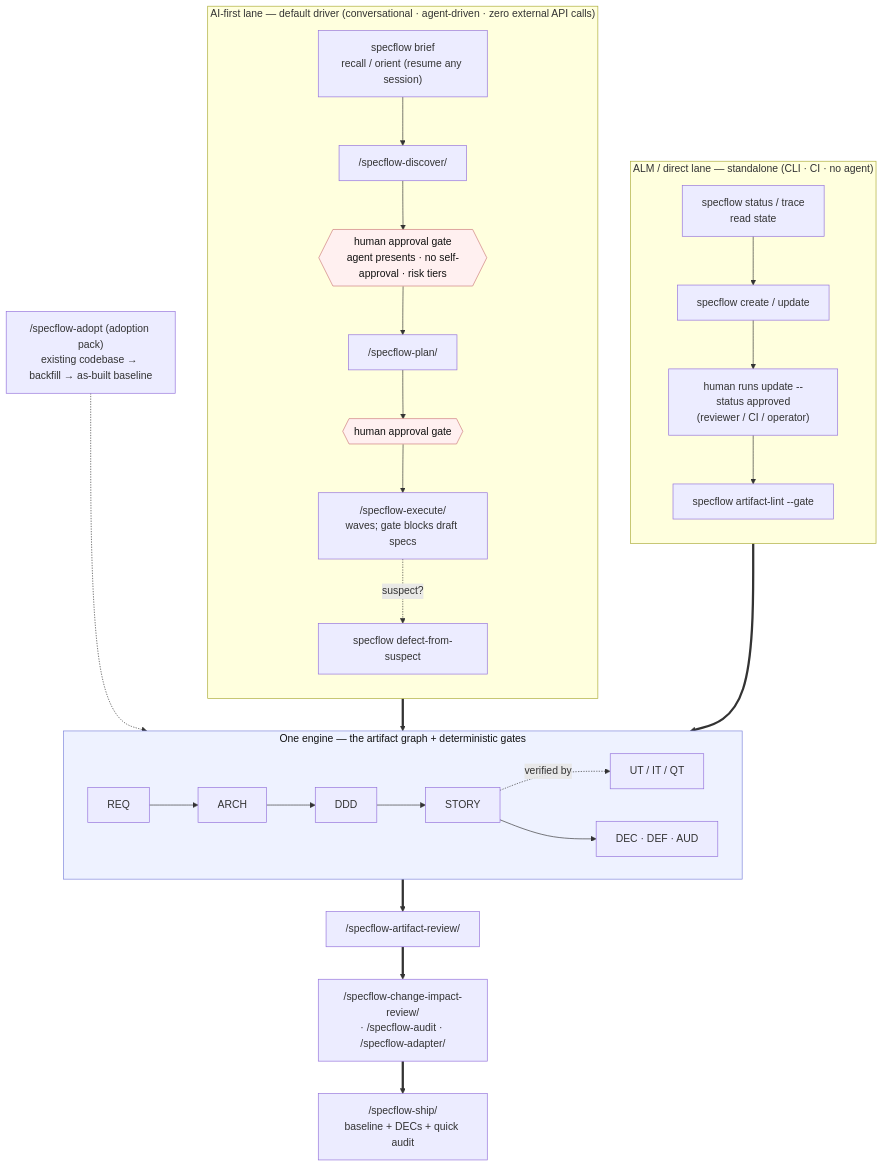
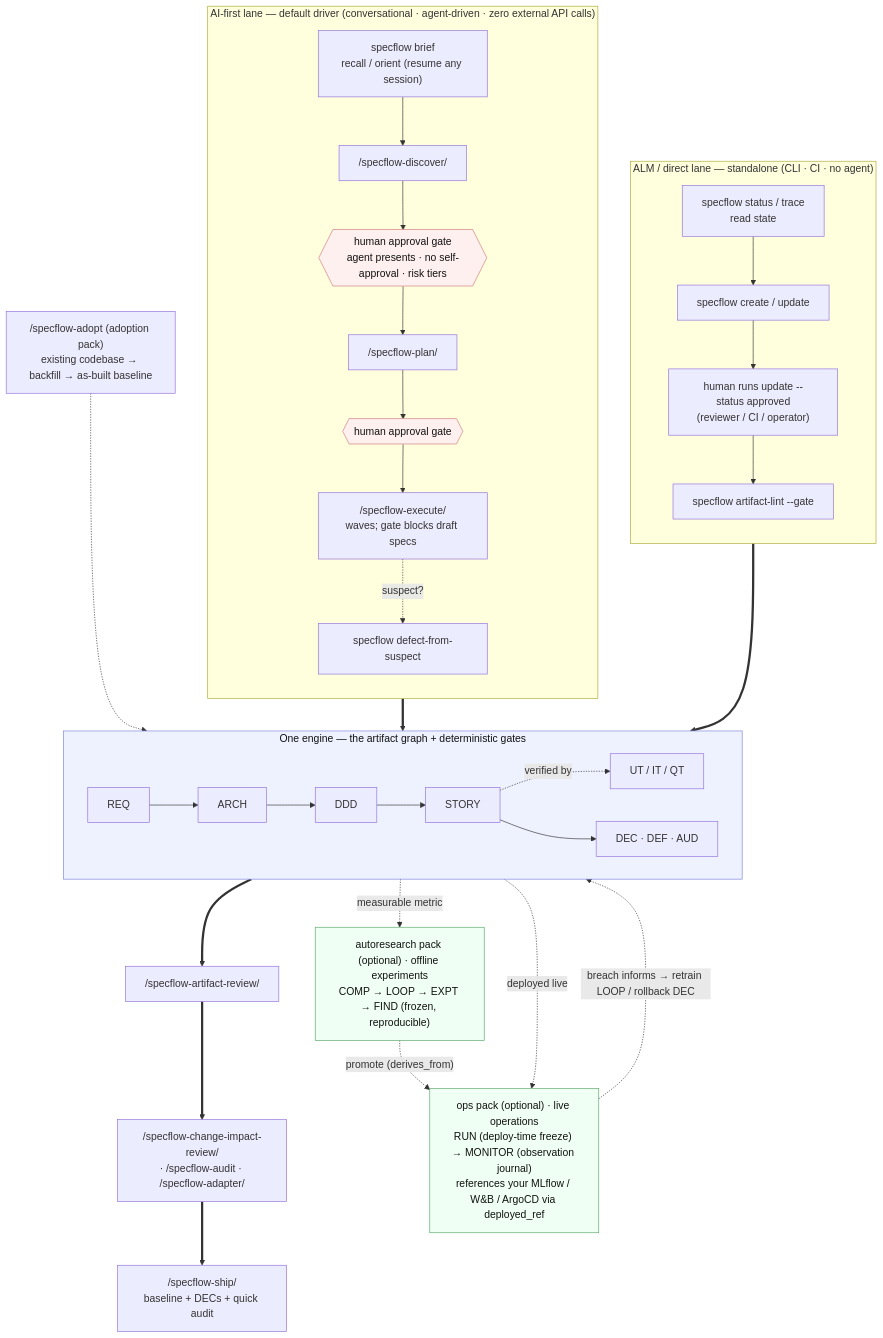
The diagram in docs/lifecycle.md (Longhuiberkeley/specflow), drawn with Mermaid before and after one commit. The commit also changed other lines of this file and 32 other files, not shown here.

First line of the commit message:
feat: ops pack (RUN/MONITOR), auto-adaptive guidance, flowchart + discoverability; bump to v1.10.0

````diff
--- a/docs/lifecycle.md
+++ b/docs/lifecycle.md
@@ -16,40 +16,50 @@
 ```mermaid
 flowchart TB
     classDef engine fill:#eef2ff,stroke:#7c83db,color:#111;
     classDef gate fill:#fff0f0,stroke:#cc7a7a,color:#111;
+    classDef pack fill:#f0fff4,stroke:#5aa56a,color:#111;
 
     subgraph AI["AI-first lane — default driver (conversational · agent-driven · zero external API calls)"]
         direction TB
         BR["specflow brief<br/>recall / orient (resume any session)"] --> AID["/specflow-discover/"]
         AID --> AG1{{"human approval gate<br/>agent presents · no self-approval · risk tiers"}}
         AG1 --> AIP["/specflow-plan/"]
         AIP --> AG2{{"human approval gate"}}
         AG2 --> AIE["/specflow-execute/<br/>waves; gate blocks draft specs"]
         AIE -. "suspect?" .-> DFS["specflow defect-from-suspect"]
     end
 
     subgraph ALM["ALM / direct lane — standalone (CLI · CI · no agent)"]
         direction TB
         ALS["specflow status / trace<br/>read state"] --> ALC["specflow create / update"]
         ALC --> ALG["human runs update --status approved<br/>(reviewer / CI / operator)"]
         ALG --> ALL["specflow artifact-lint --gate"]
     end
 
     subgraph ENG["One engine — the artifact graph + deterministic gates"]
         direction LR
         REQ --> ARCH --> DDD --> STORY
         STORY -. "verified by" .-> TST["UT / IT / QT"]
         STORY --> WRK["DEC · DEF · AUD"]
     end
 
     ADOPT["/specflow-adopt (adoption pack)<br/>existing codebase → backfill → as-built baseline"]
     ADOPT -.-> ENG
     AI ==> ENG
     ALM ==> ENG
     ENG ==> REV["/specflow-artifact-review/"]
     REV ==> NEXT["/specflow-change-impact-review/<br/>· /specflow-audit · /specflow-adapter/"]
     NEXT ==> SHIP["/specflow-ship/<br/>baseline + DECs + quick audit"]
 
+    %% Optional pack-activated extensions — not mandatory lanes; the engine works without them.
+    RES["autoresearch pack (optional) · offline experiments<br/>COMP → LOOP → EXPT → FIND (frozen, reproducible)"]
+    OPS["ops pack (optional) · live operations<br/>RUN (deploy-time freeze) → MONITOR (observation journal)<br/>references your MLflow / W&amp;B / ArgoCD via deployed_ref"]
+    ENG -. "measurable metric" .-> RES
+    ENG -. "deployed live" .-> OPS
+    RES -. "promote (derives_from)" .-> OPS
+    OPS -. "breach informs → retrain LOOP / rollback DEC" .-> ENG
+
     class ENG engine
     class AG1,AG2 gate
+    class RES,OPS pack
 ```
````
